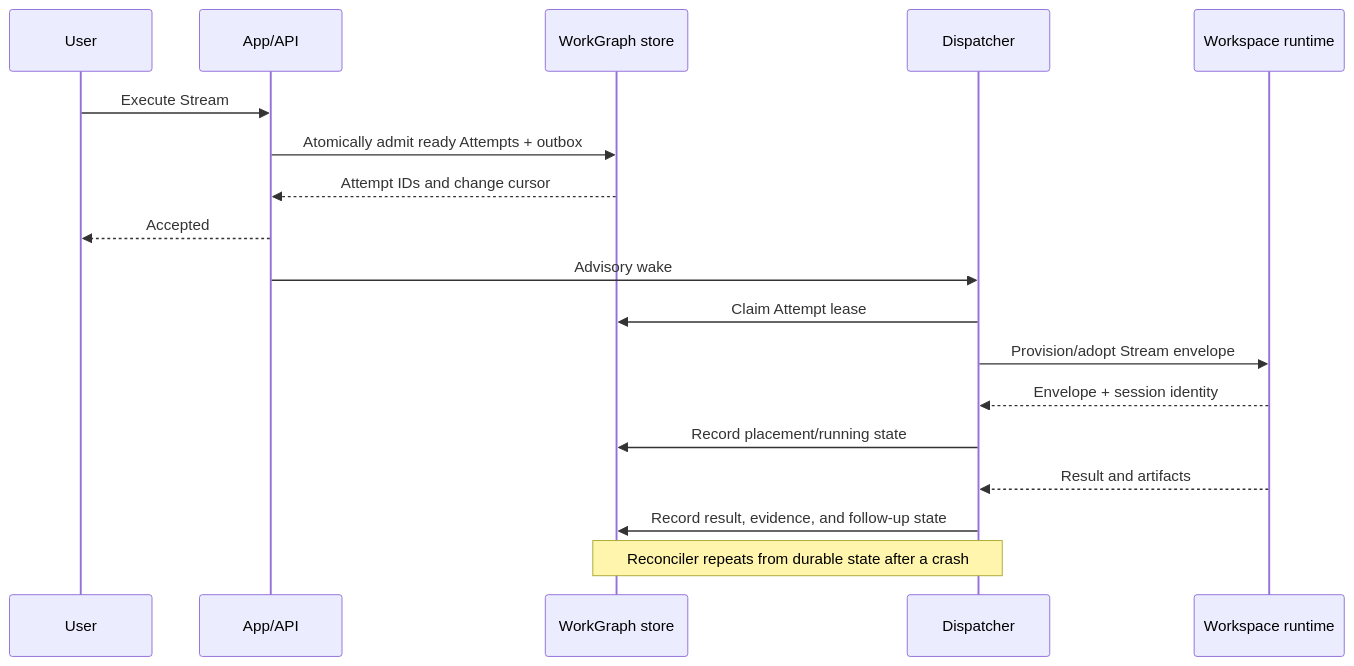
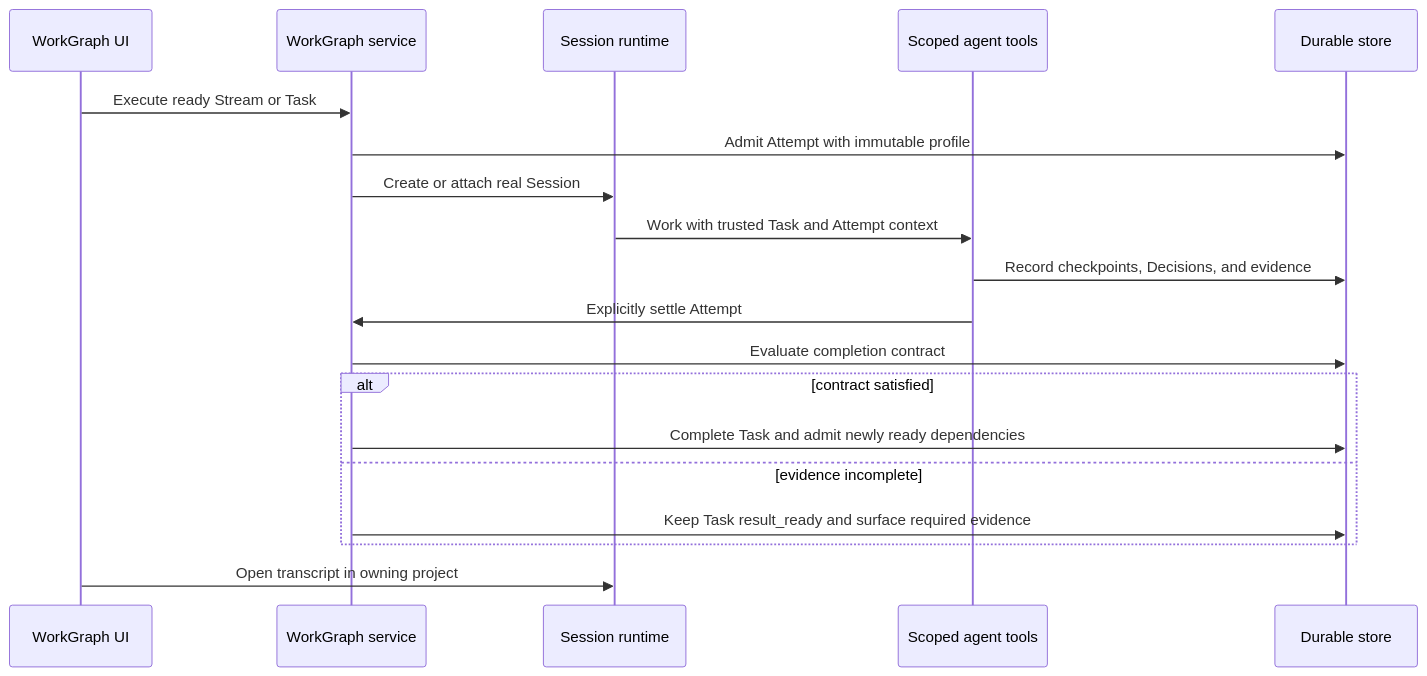
One commit to kyashrathore/Claxedo changed the second of 3 diagrams in docs/plans/2026-07-13-001-goal-execute-workgraph-end-to-end.md. Above: the diagram before and after it, drawn with Mermaid. The commit also changed other lines of this file and 30 other files, not shown here.

First line of the commit message:
Refactor WorkGraph Overview and Stream Management

````diff
--- a/docs/plans/2026-07-13-001-goal-execute-workgraph-end-to-end.md
+++ b/docs/plans/2026-07-13-001-goal-execute-workgraph-end-to-end.md
@@ -221,21 +182,22 @@
 ```mermaid
 sequenceDiagram
-  participant U as User
-  participant A as App/API
-  participant S as WorkGraph store
-  participant D as Dispatcher
-  participant R as Workspace runtime
+  participant UI as WorkGraph UI
+  participant WG as WorkGraph service
+  participant RT as Session runtime
+  participant A as Scoped agent tools
+  participant S as Durable store
 
-  U->>A: Execute Stream
-  A->>S: Atomically admit ready Attempts + outbox
-  S-->>A: Attempt IDs and change cursor
-  A-->>U: Accepted
-  A->>D: Advisory wake
-  D->>S: Claim Attempt lease
-  D->>R: Provision/adopt Stream envelope
-  R-->>D: Envelope + session identity
-  D->>S: Record placement/running state
-  R-->>D: Result and artifacts
-  D->>S: Record result, evidence, and follow-up state
-  Note over D,S: Reconciler repeats from durable state after a crash
+  UI->>WG: Execute ready Stream or Task
+  WG->>S: Admit Attempt with immutable profile
+  WG->>RT: Create or attach real Session
+  RT->>A: Work with trusted Task and Attempt context
+  A->>S: Record checkpoints, Decisions, and evidence
+  A->>WG: Explicitly settle Attempt
+  WG->>S: Evaluate completion contract
+  alt contract satisfied
+    WG->>S: Complete Task and admit newly ready dependencies
+  else evidence incomplete
+    WG->>S: Keep Task result_ready and surface required evidence
+  end
+  UI->>RT: Open transcript in owning project
 ```
````
